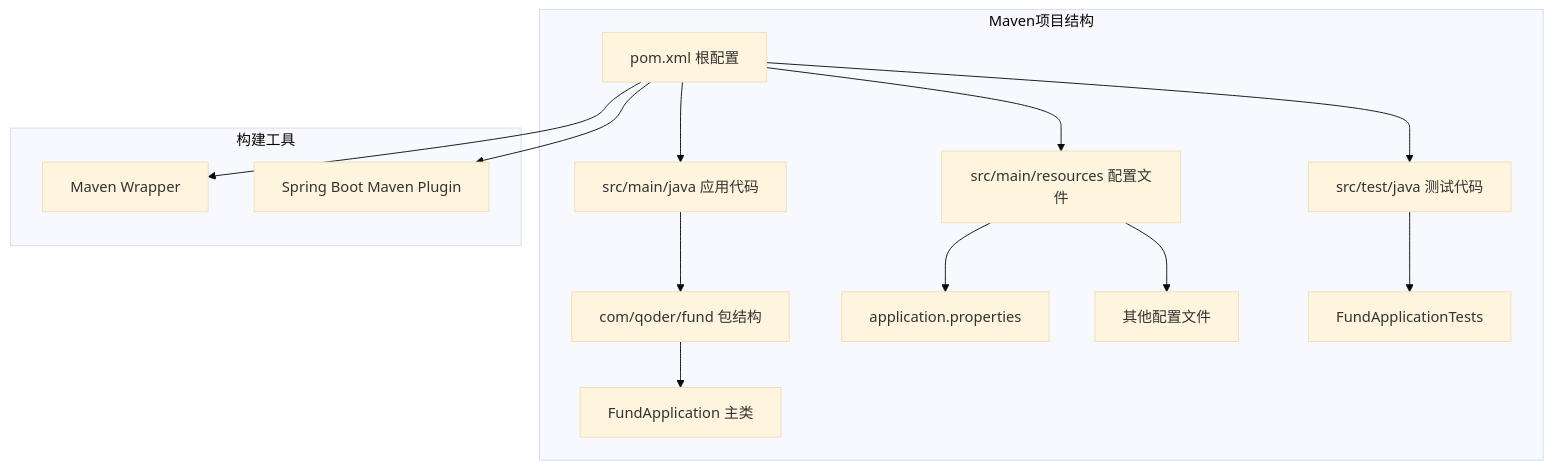
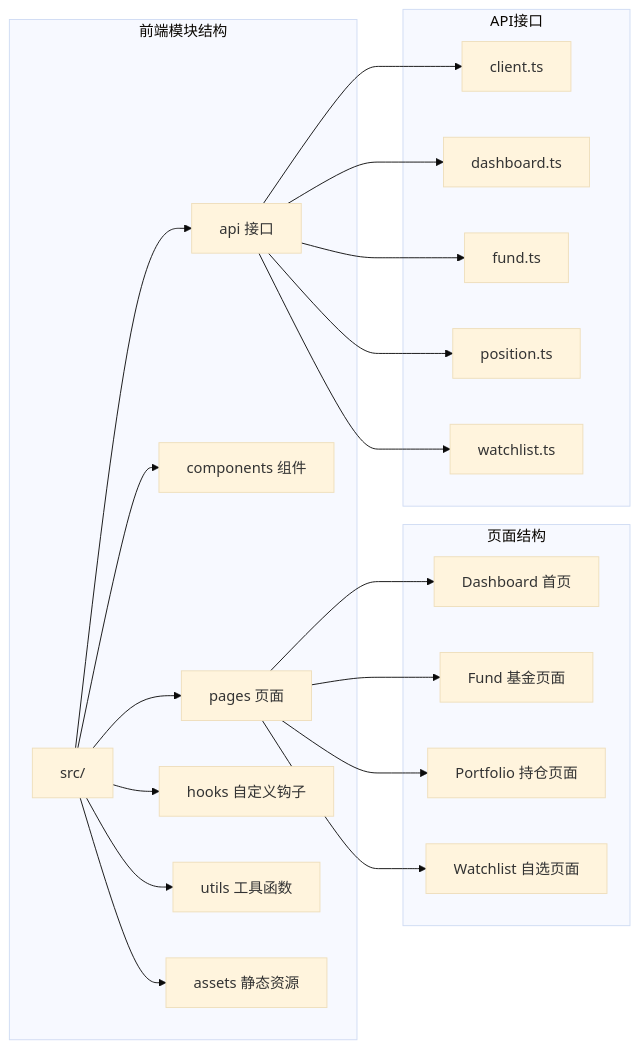
One commit to gree-coder/fund-butler changed the sixth of 22 diagrams in .qoder/repowiki/zh/content/项目结构详解.md. Above: the diagram before and after it, drawn with Mermaid (base theme). The commit also changed other lines of this file and 10 other files, not shown here.

````diff
--- a/.qoder/repowiki/zh/content/项目结构详解.md
+++ b/.qoder/repowiki/zh/content/项目结构详解.md
@@ -33,19 +256,24 @@
 ```mermaid
-graph TB
-subgraph "Maven项目结构"
-A[pom.xml 根配置] --> B[src/main/java 应用代码]
-A --> C[src/test/java 测试代码]
-A --> D[src/main/resources 配置文件]
-B --> E[com/qoder/fund 包结构]
-E --> F[FundApplication 主类]
-D --> G[application.properties]
-D --> H[其他配置文件]
-C --> I[FundApplicationTests]
+graph LR
+subgraph "前端模块结构"
+A[src/] --> B[pages 页面]
+A --> C[components 组件]
+A --> D[api 接口]
+A --> E[hooks 自定义钩子]
+A --> F[utils 工具函数]
+A --> G[assets 静态资源]
 end
-subgraph "构建工具"
-J[Maven Wrapper]
-K[Spring Boot Maven Plugin]
+subgraph "页面结构"
+B --> H[Dashboard 首页]
+B --> I[Fund 基金页面]
+B --> J[Portfolio 持仓页面]
+B --> K[Watchlist 自选页面]
 end
-A --> J
-A --> K
+subgraph "API接口"
+D --> L[client.ts]
+D --> M[dashboard.ts]
+D --> N[fund.ts]
+D --> O[position.ts]
+D --> P[watchlist.ts]
+end
 ```
````
